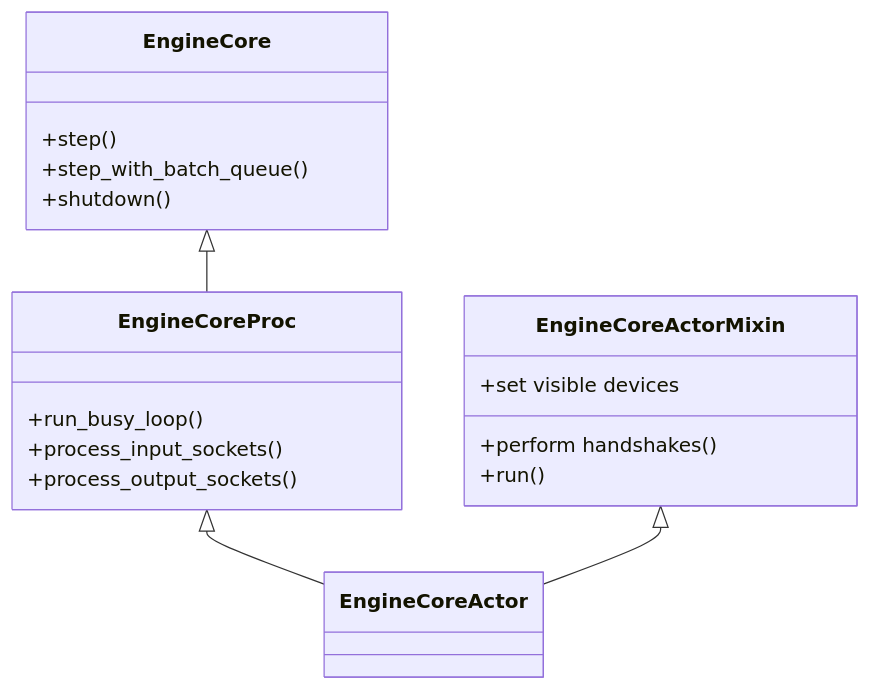
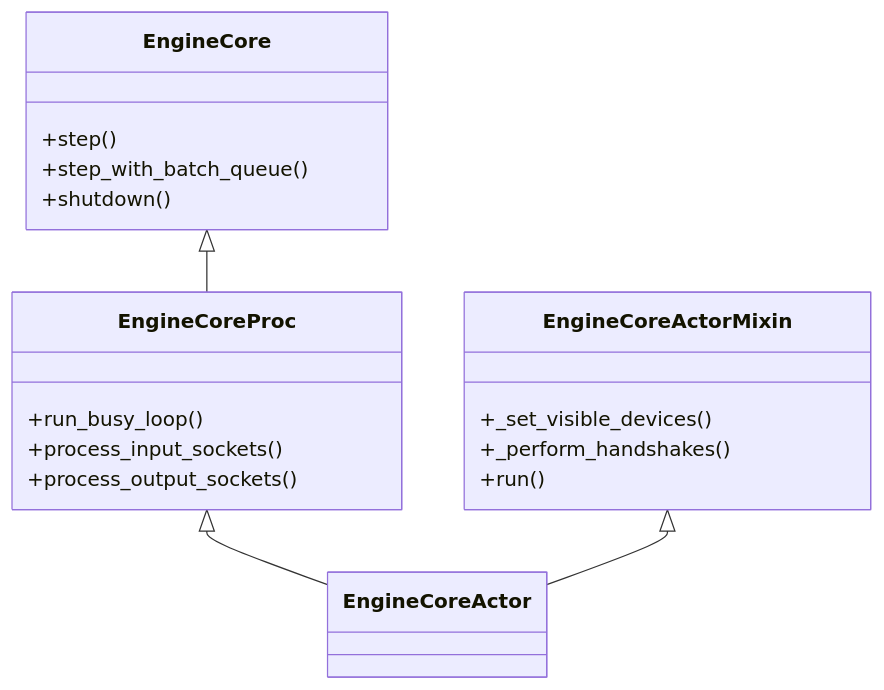
Before and after one commit to cluster1900/vllm_reader: diagram 19 of 19 in book/03-engine-core/README.md, drawn with Mermaid. The commit also changed other lines of this file and 9 other files, not shown here.

````diff
--- a/book/03-engine-core/README.md
+++ b/book/03-engine-core/README.md
@@ -903,22 +903,22 @@
 ```mermaid
 classDiagram
     class EngineCore {
       +step()
       +step_with_batch_queue()
       +shutdown()
     }
     class EngineCoreProc {
       +run_busy_loop()
       +process_input_sockets()
       +process_output_sockets()
     }
     class EngineCoreActorMixin {
-      +set visible devices
-      +perform handshakes()
+      +_set_visible_devices()
+      +_perform_handshakes()
       +run()
     }
     class EngineCoreActor
     EngineCore <|-- EngineCoreProc
     EngineCoreProc <|-- EngineCoreActor
     EngineCoreActorMixin <|-- EngineCoreActor
 ```
````
